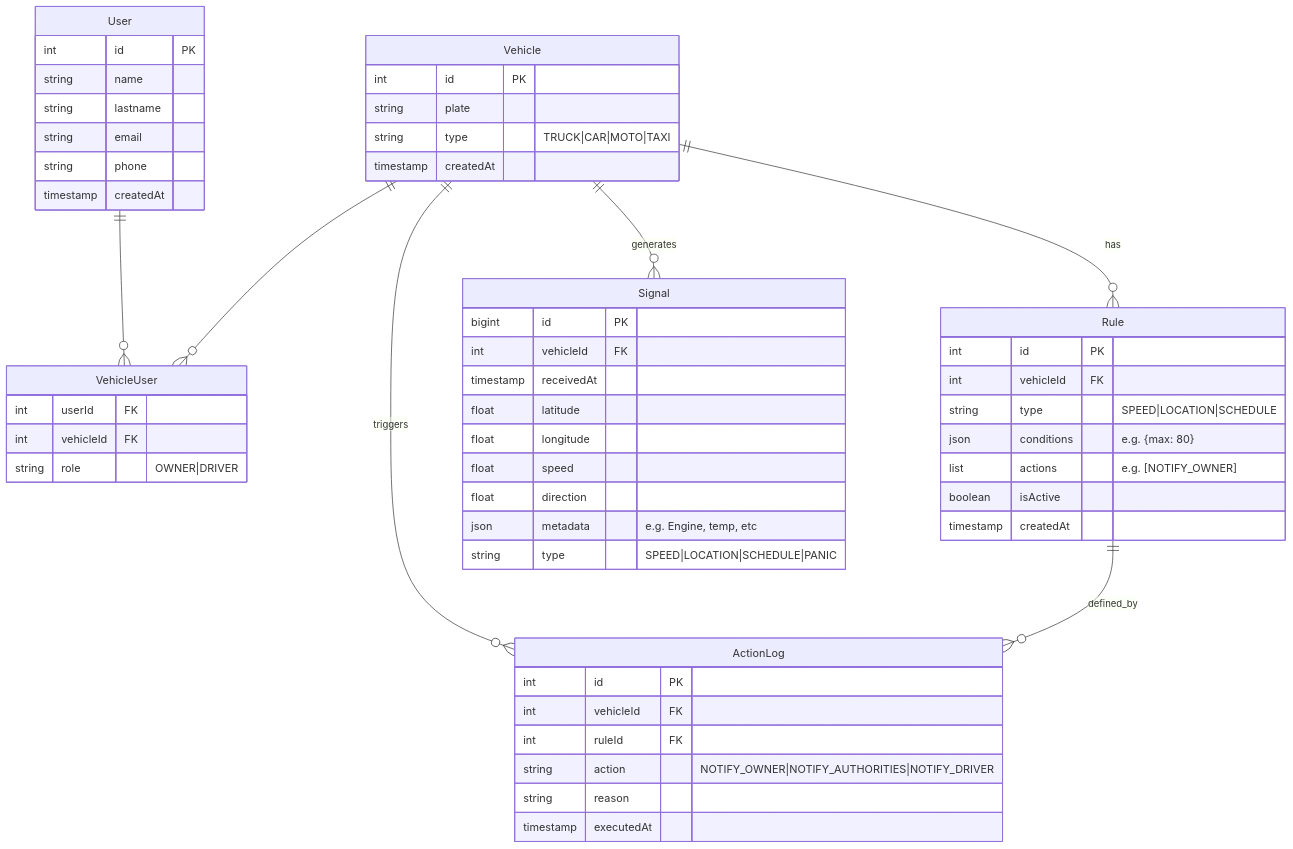
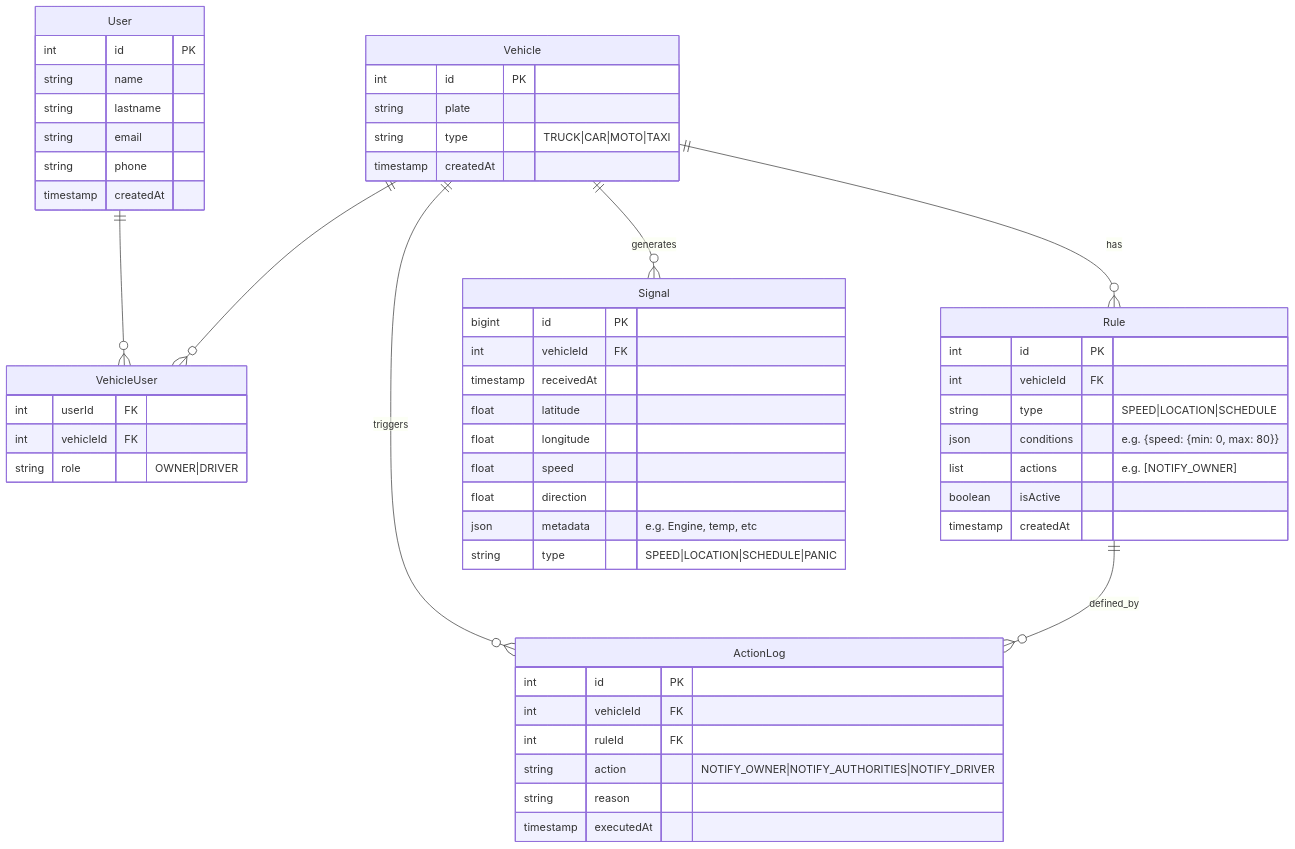
One commit to JuanPlazas/reto-arquitectura-backend changed the fourth of 4 diagrams in README.md. Above: the diagram before and after it, drawn with Mermaid. The commit also changed other lines of this file and 13 other files, not shown here.

Commit message:
feat #06: se agrega monorepo worker con caché de reglas en Redis, evaluación min/max, y Dead Letter Queue tras 3 reintentos

````diff
--- a/README.md
+++ b/README.md
@@ -277,61 +289,61 @@
 ```mermaid
 erDiagram
     User {
         int id PK
         string name
         string lastname
         string email
         string phone
         timestamp createdAt
     }
 
     User ||--o{ VehicleUser : " "
     Vehicle ||--o{ VehicleUser : " "
     VehicleUser {
         int userId FK
         int vehicleId FK
         string role "OWNER|DRIVER"
     }
 
     Vehicle ||--o{ Rule : has
     Vehicle ||--o{ Signal : generates
     Vehicle ||--o{ ActionLog : triggers
     Vehicle {
         int id PK
         string plate
         string type "TRUCK|CAR|MOTO|TAXI"
         timestamp createdAt
     }
 
     Rule ||--o{ ActionLog : defined_by
     Rule {
         int id PK
         int vehicleId FK
         string type "SPEED|LOCATION|SCHEDULE"
-        json conditions "e.g. {max: 80}"
+        json conditions "e.g. {speed: {min: 0, max: 80}}"
         list actions "e.g. [NOTIFY_OWNER]"
         boolean isActive
         timestamp createdAt
     }
 
     Signal {
         bigint id PK
         int vehicleId FK
         timestamp receivedAt
         float latitude
         float longitude
         float speed
         float direction
         json metadata "e.g. Engine, temp, etc"
         string type "SPEED|LOCATION|SCHEDULE|PANIC"
     }
 
     ActionLog {
         int id PK
         int vehicleId FK
         int ruleId FK
         string action "NOTIFY_OWNER|NOTIFY_AUTHORITIES|NOTIFY_DRIVER"
         string reason
         timestamp executedAt
     }
 ```
````
